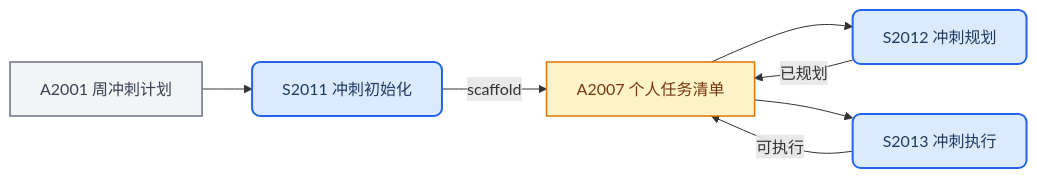
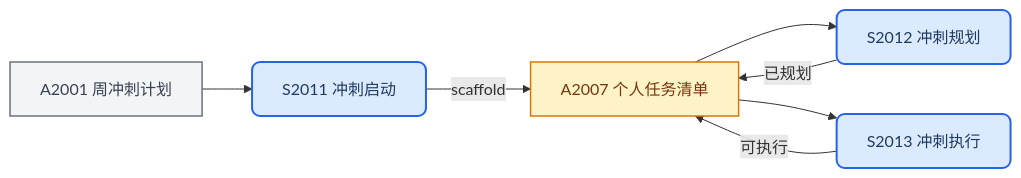
One commit to it188-networkx/crm-product changed the diagram in sprints/AGENTS.md. Above: the diagram before and after it, drawn with Mermaid. The commit also changed other lines of this file, not shown here.

Commit message:
修复：将 S2011 名称从“冲刺初始化”更改为“冲刺启动”

````diff
--- a/sprints/AGENTS.md
+++ b/sprints/AGENTS.md
@@ -18,17 +18,17 @@
 ```mermaid
 graph LR
     classDef sop fill:#DBEAFE,stroke:#2563EB,stroke-width:2px,color:#1E3A5F,rx:8,ry:8
     classDef art fill:#FEF3C7,stroke:#D97706,stroke-width:1.5px,color:#78350F
     classDef ref fill:#F3F4F6,stroke:#6B7280,stroke-width:1.5px,color:#374151
     classDef wf fill:#D1FAE5,stroke:#059669,stroke-width:1.5px,color:#064E3B
 
     A2001["A2001 周冲刺计划"]:::ref
-    S2011["S2011 冲刺初始化"]:::sop
+    S2011["S2011 冲刺启动"]:::sop
     A2007["A2007 个人任务清单"]:::art
     S2012["S2012 冲刺规划"]:::sop
     S2013["S2013 冲刺执行"]:::sop
 
     A2001 --> S2011 -->|scaffold| A2007
     A2007 --> S2012 -->|已规划| A2007
     A2007 --> S2013 -->|可执行| A2007
 ```
````
